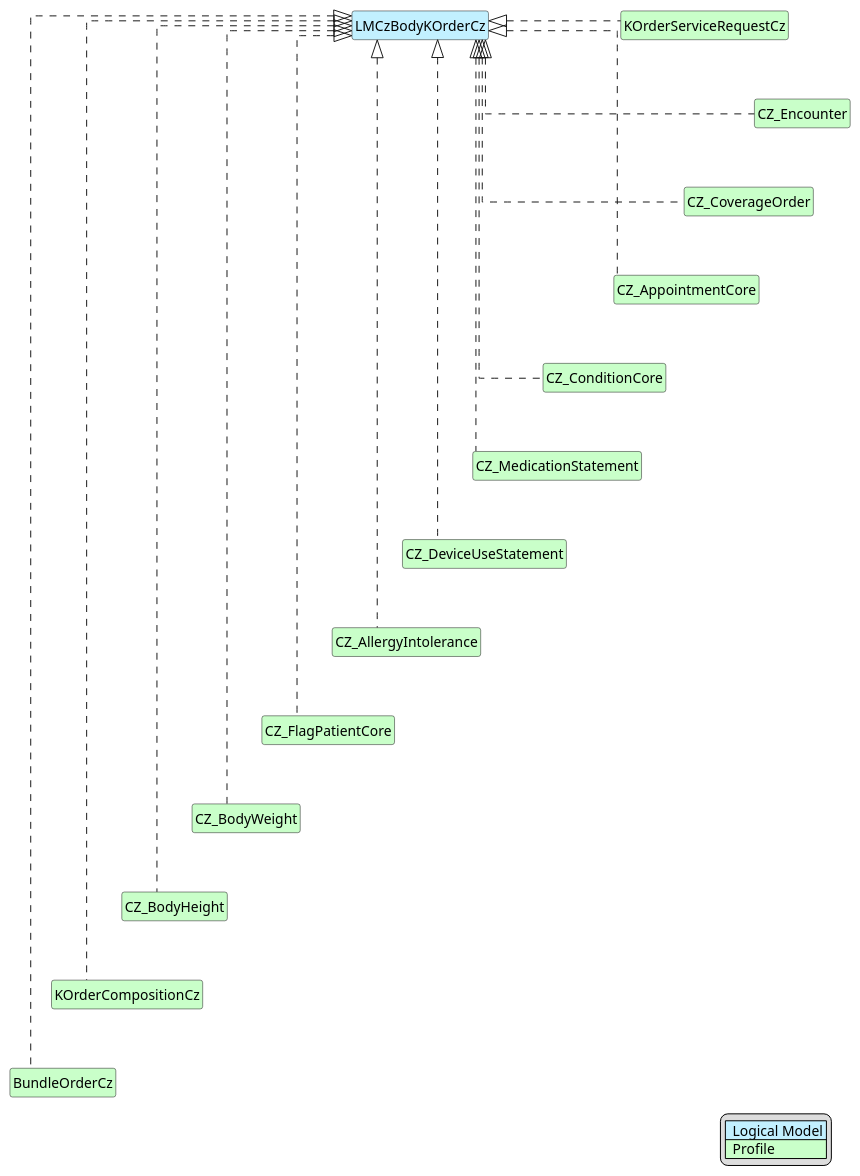
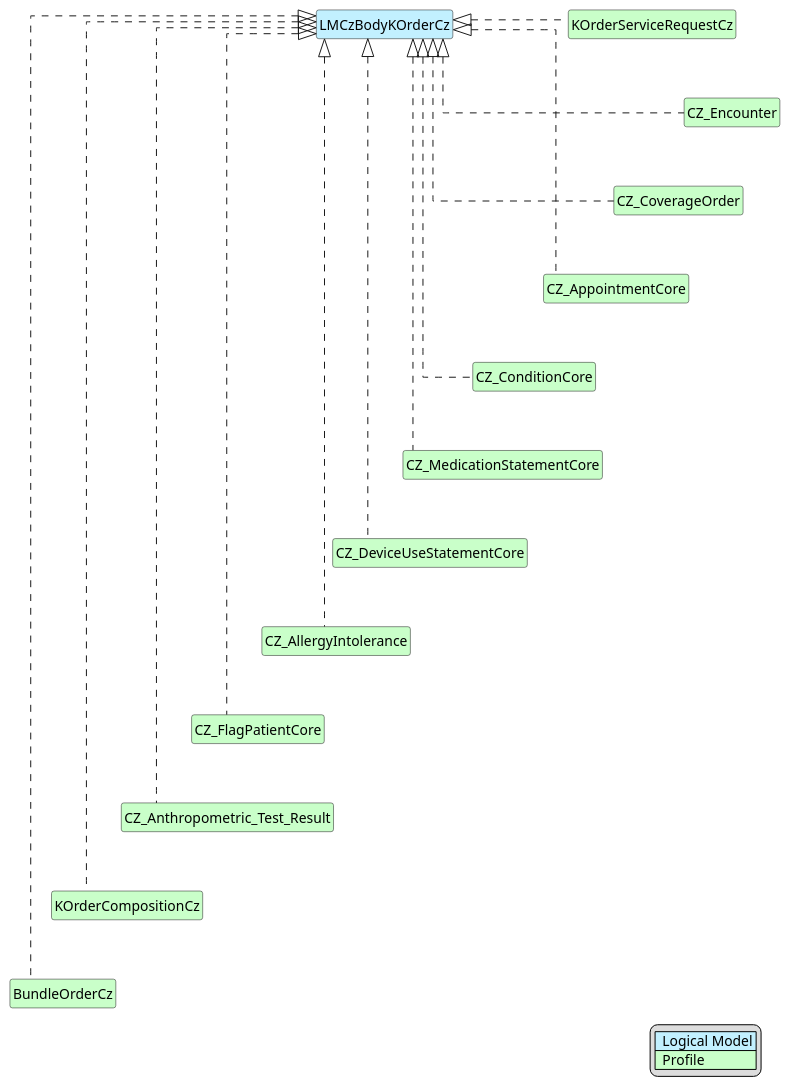
Before and after one commit to HL7-cz/k-order: the diagram in input/images-source/K-Body-map.plantuml, drawn with PlantUML. The commit also changed 67 other files, not shown here.

```diff
--- a/input/images-source/K-Body-map.plantuml
+++ b/input/images-source/K-Body-map.plantuml
@@ -1,73 +1,69 @@
 @startuml
 
 hide circle
 hide stereotype
 hide members
 hide methods
 
 skinparam linetype ortho
 
 skinparam class {
 BackgroundColor<<LogicalModel>> #APPLICATION
 BackgroundColor<<Profile>> #TECHNOLOGY
 }
 
 legend right
 | <#APPLICATION>  Logical Model |
 | <#TECHNOLOGY>  Profile |
 endlegend
 
 class "LMCzBodyKOrderCz" <<LogicalModel>> [[StructureDefinition-LMBodyKOrder.html]]
 
 class "KOrderServiceRequestCz" <<Profile>> [[StructureDefinition-KOrderServiceRequestCz.html]]
 "LMCzBodyKOrderCz" <|. "KOrderServiceRequestCz"
 
-class "CZ_Encounter" <<Profile>> [[https://hl7.cz/fhir/core/StructureDefinition-encounter-cz-core.html]]
+class "CZ_Encounter" <<Profile>> [[https://hl7.cz/fhir/core/StructureDefinition-cz-encounter.html]]
 "LMCzBodyKOrderCz" <|. "CZ_Encounter"
 "KOrderServiceRequestCz" -d[hidden]-> "CZ_Encounter"
 
 class "CZ_CoverageOrder" <<Profile>> [[StructureDefinition-cz-coverage-order.html]]
 "LMCzBodyKOrderCz" <|. "CZ_CoverageOrder"
 "CZ_Encounter" -d[hidden]-> "CZ_CoverageOrder"
 
 class "CZ_AppointmentCore" <<Profile>> [[https://hl7.cz/fhir/core/StructureDefinition-appointment-cz-core.html]]
 "LMCzBodyKOrderCz" <|. "CZ_AppointmentCore"
 "CZ_CoverageOrder" -d[hidden]-> "CZ_AppointmentCore"
 
 class "CZ_ConditionCore" <<Profile>> [[https://hl7.cz/fhir/core/StructureDefinition-condition-cz-core.html]]
 "LMCzBodyKOrderCz" <|. "CZ_ConditionCore"
 "CZ_AppointmentCore" -d[hidden]-> "CZ_ConditionCore"
 
-class "CZ_MedicationStatement" <<Profile>> [[https://hl7.cz/fhir/core/StructureDefinition-medicationStatement-cz-core.html]]
-"LMCzBodyKOrderCz" <|. "CZ_MedicationStatement"
-"CZ_ConditionCore" -d[hidden]-> "CZ_MedicationStatement"
+class "CZ_MedicationStatementCore" <<Profile>> [[https://hl7.cz/fhir/core/StructureDefinition-medicationStatement-cz-core.html]]
+"LMCzBodyKOrderCz" <|. "CZ_MedicationStatementCore"
+"CZ_ConditionCore" -d[hidden]-> "CZ_MedicationStatementCore"
 
-class "CZ_DeviceUseStatement" <<Profile>> [[StructureDefinition-cz-deviceUseStatement.html]]
-"LMCzBodyKOrderCz" <|. "CZ_DeviceUseStatement"
-"CZ_MedicationStatement" -d[hidden]-> "CZ_DeviceUseStatement"
+class "CZ_DeviceUseStatementCore" <<Profile>> [[https://hl7.cz/fhir/core/StructureDefinition-deviceUseStatement-cz-core.html]]
+"LMCzBodyKOrderCz" <|. "CZ_DeviceUseStatementCore"
+"CZ_MedicationStatementCore" -d[hidden]-> "CZ_DeviceUseStatementCore"
 
 class "CZ_AllergyIntolerance" <<Profile>> [[https://hl7.cz/fhir/core/StructureDefinition-allergyIntolerance-cz-core.html]]
 "LMCzBodyKOrderCz" <|. "CZ_AllergyIntolerance"
-"CZ_DeviceUseStatement" -d[hidden]-> "CZ_AllergyIntolerance"
+"CZ_DeviceUseStatementCore" -d[hidden]-> "CZ_AllergyIntolerance"
 
 class "CZ_FlagPatientCore" <<Profile>> [[https://hl7.cz/fhir/core/StructureDefinition-flag-patient-cz-core.html]]
 "LMCzBodyKOrderCz" <|. "CZ_FlagPatientCore"
 "CZ_AllergyIntolerance" -d[hidden]-> "CZ_FlagPatientCore"
 
-class "CZ_BodyWeight" <<Profile>> [[StructureDefinition-cz-bodyweight.html]]
-"LMCzBodyKOrderCz" <|. "CZ_BodyWeight"
-"CZ_FlagPatientCore" -d[hidden]-> "CZ_BodyWeight"
+class "CZ_Anthropometric_Test_Result" <<Profile>> [[StructureDefinition-cz-anthropometric-test-result.html]]
+"LMCzBodyKOrderCz" <|. "CZ_Anthropometric_Test_Result"
+"CZ_FlagPatientCore" -d[hidden]-> "CZ_Anthropometric_Test_Result"
 
-class "CZ_BodyHeight" <<Profile>> [[StructureDefinition-cz-bodyheight.html]]
-"LMCzBodyKOrderCz" <|. "CZ_BodyHeight"
-"CZ_BodyWeight" -d[hidden]-> "CZ_BodyHeight"
-
-class "KOrderCompositionCz" <<Profile>> [[StructureDefinition-KOrderCompositionCz.html]]
+class "KOrderCompositionCz" <<Profile>> [[StructureDefinition-k-order-composition-cz.html]]
 "LMCzBodyKOrderCz" <|. "KOrderCompositionCz"
-"CZ_BodyHeight" -d[hidden]-> "KOrderCompositionCz"
+"CZ_Anthropometric_Test_Result" -d[hidden]-> "KOrderCompositionCz"
 
 class "BundleOrderCz" <<Profile>> [[StructureDefinition-BundleOrderCz.html]]
 "LMCzBodyKOrderCz" <|. "BundleOrderCz"
 "KOrderCompositionCz" -d[hidden]-> "BundleOrderCz"
 
 @enduml
```
